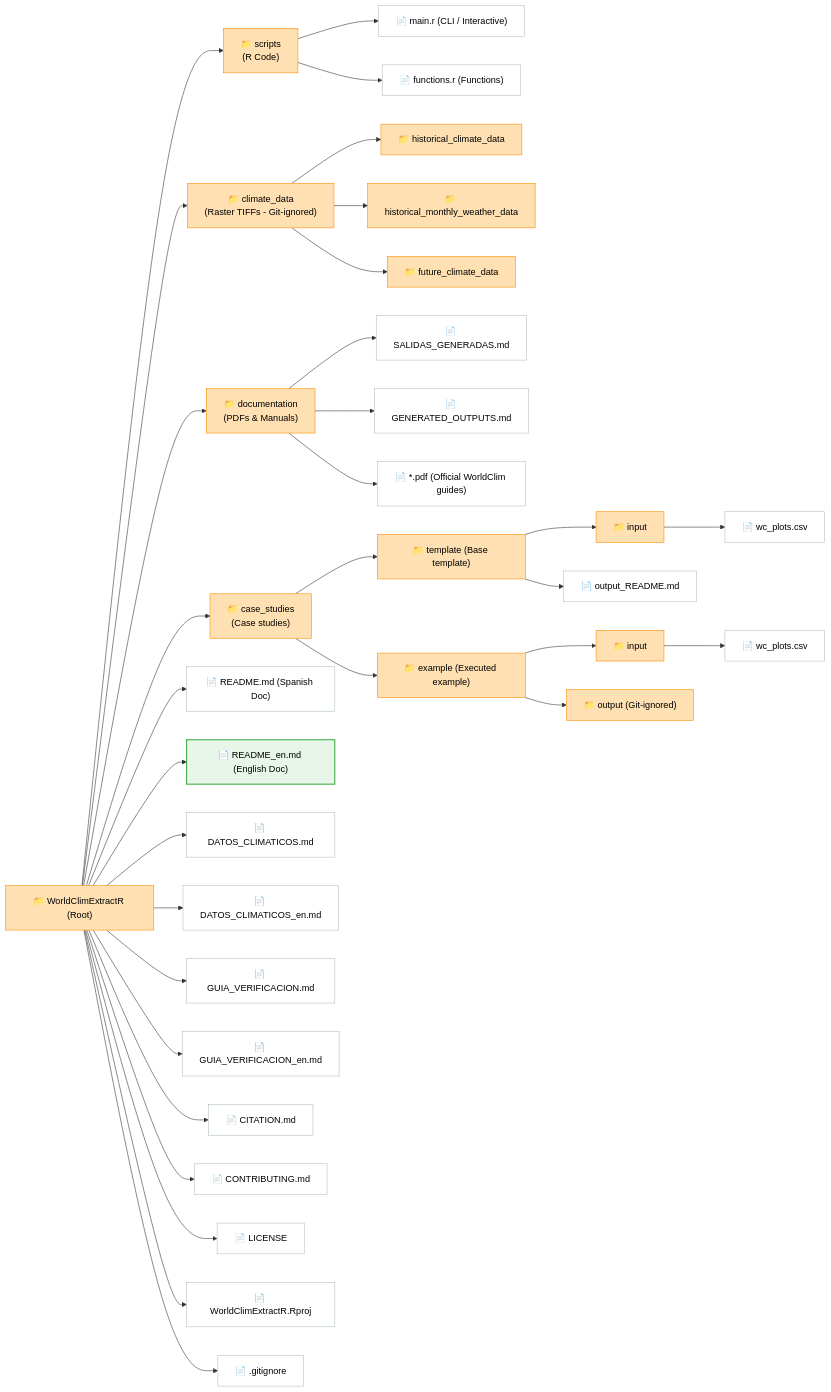
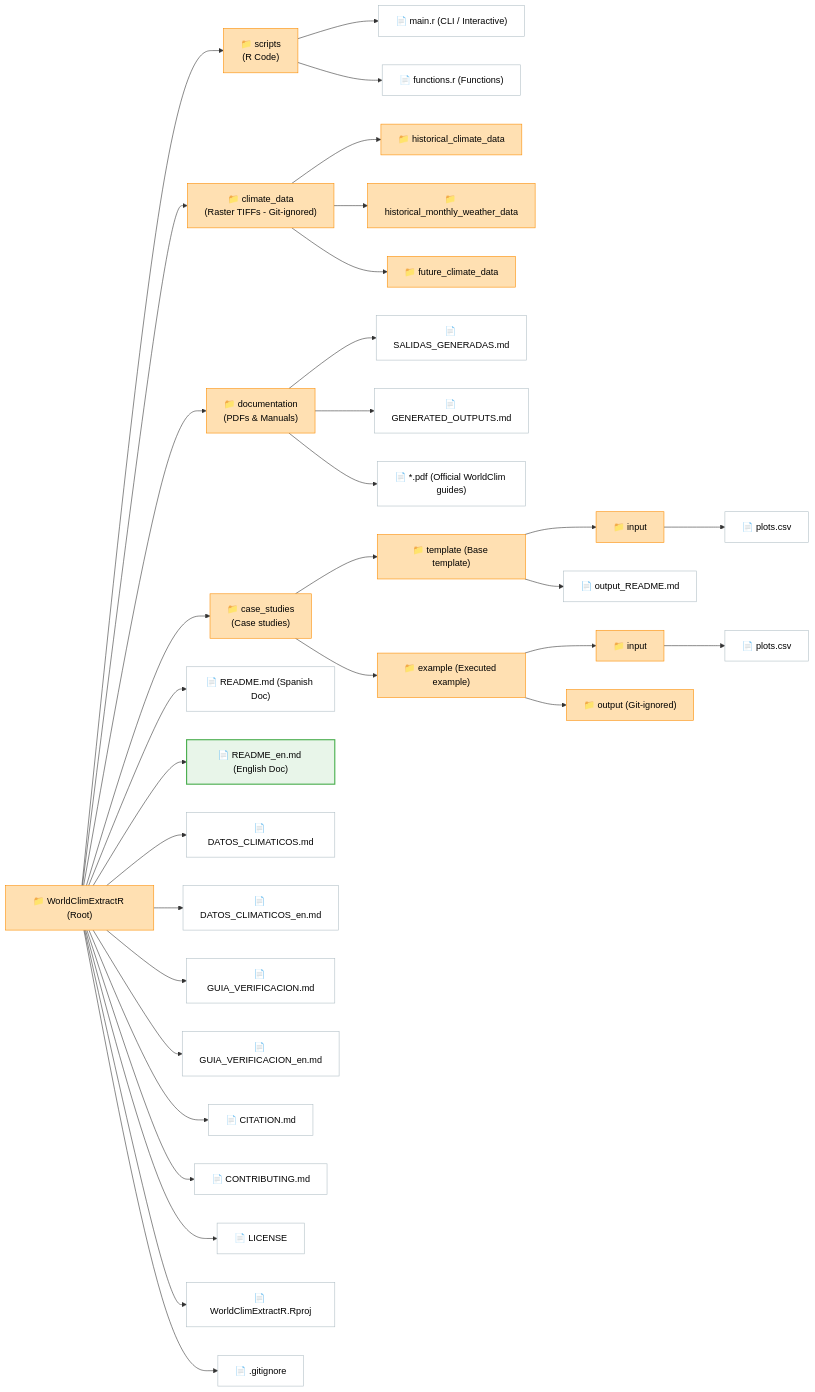
The diagram in README_en.md (aitorvv/WorldClimExtractR), drawn with Mermaid before and after one commit. The commit also changed other lines of this file and 10 other files, not shown here.

````diff
--- a/README_en.md
+++ b/README_en.md
@@ -113,56 +112,56 @@
 ```mermaid
 graph LR
     %% Node style definitions
     classDef folder fill:#ffe0b2,stroke:#fb8c00,stroke-width:1px,color:#000000;
     classDef file fill:#ffffff,stroke:#b0bec5,stroke-width:1px,color:#000000;
     classDef mainFile fill:#e8f5e9,stroke:#4caf50,stroke-width:2px,color:#000000;
     
     Root["📁 WorldClimExtractR (Root)"]:::folder
     
     %% Main folders
     Root --> DirScripts["📁 scripts<br>(R Code)"]:::folder
     Root --> DirData["📁 climate_data<br>(Raster TIFFs - Git-ignored)"]:::folder
     Root --> DirDoc["📁 documentation<br>(PDFs & Manuals)"]:::folder
     Root --> DirCases["📁 case_studies<br>(Case studies)"]:::folder
     
     %% Root files
     Root --> ReadmeEs["📄 README.md (Spanish Doc)"]:::file
     Root --> ReadmeEn["📄 README_en.md (English Doc)"]:::mainFile
     Root --> DatosCliEs["📄 DATOS_CLIMATICOS.md"]:::file
     Root --> DatosCliEn["📄 DATOS_CLIMATICOS_en.md"]:::file
     Root --> GuiaVerEs["📄 GUIA_VERIFICACION.md"]:::file
     Root --> GuiaVerEn["📄 GUIA_VERIFICACION_en.md"]:::file
     Root --> Cit["📄 CITATION.md"]:::file
     Root --> Cont["📄 CONTRIBUTING.md"]:::file
     Root --> Lic["📄 LICENSE"]:::file
     Root --> Proj["📄 WorldClimExtractR.Rproj"]:::file
     Root --> Gitignore["📄 .gitignore"]:::file
     
     %% scripts/
     DirScripts --> ScriptMain["📄 main.r (CLI / Interactive)"]:::file
     DirScripts --> ScriptFuncs["📄 functions.r (Functions)"]:::file
     
     %% climate_data/
     DirData --> DataHist["📁 historical_climate_data"]:::folder
     DirData --> DataMonthly["📁 historical_monthly_weather_data"]:::folder
     DirData --> DataFuture["📁 future_climate_data"]:::folder
     
     %% documentation/
     DirDoc --> DocGenEs["📄 SALIDAS_GENERADAS.md"]:::file
     DirDoc --> DocGenEn["📄 GENERATED_OUTPUTS.md"]:::file
     DirDoc --> DocPdfs["📄 *.pdf (Official WorldClim guides)"]:::file
     
     %% case_studies/
     DirCases --> CaseTempl["📁 template (Base template)"]:::folder
     DirCases --> CaseEx["📁 example (Executed example)"]:::folder
     
     %% template/
     CaseTempl --> TemplInput["📁 input"]:::folder
     CaseTempl --> TemplReadme["📄 output_README.md"]:::file
-    TemplInput --> TemplPlots["📄 wc_plots.csv"]:::file
+    TemplInput --> TemplPlots["📄 plots.csv"]:::file
     
     %% example/
     CaseEx --> ExInput["📁 input"]:::folder
     CaseEx --> ExOutput["📁 output (Git-ignored)"]:::folder
-    ExInput --> ExPlots["📄 wc_plots.csv"]:::file
+    ExInput --> ExPlots["📄 plots.csv"]:::file
 ```
````
